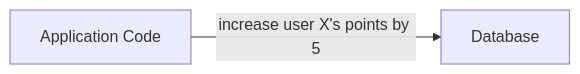
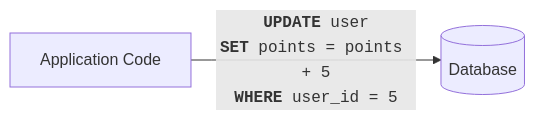
The first of 6 diagrams in docs/README.md (outsidenote/eventualize), drawn with Mermaid before and after one commit. The commit also changed other lines of this file, not shown here.

````diff
--- a/docs/README.md
+++ b/docs/README.md
@@ -13,4 +16,4 @@
 ```mermaid
 flowchart LR;
-    U[Application Code]-->|increase user X's points by 5| D[Database];
+    U[Application Code]-->|"<code><b>UPDATE</b> user<br><b>SET</b> points = points + 5<br><b>WHERE</b> user_id = 5</code>"| D[(Database)];
 ```
````
